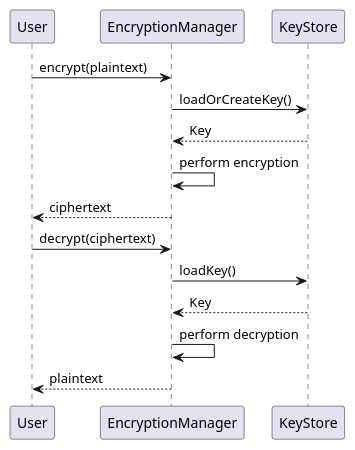
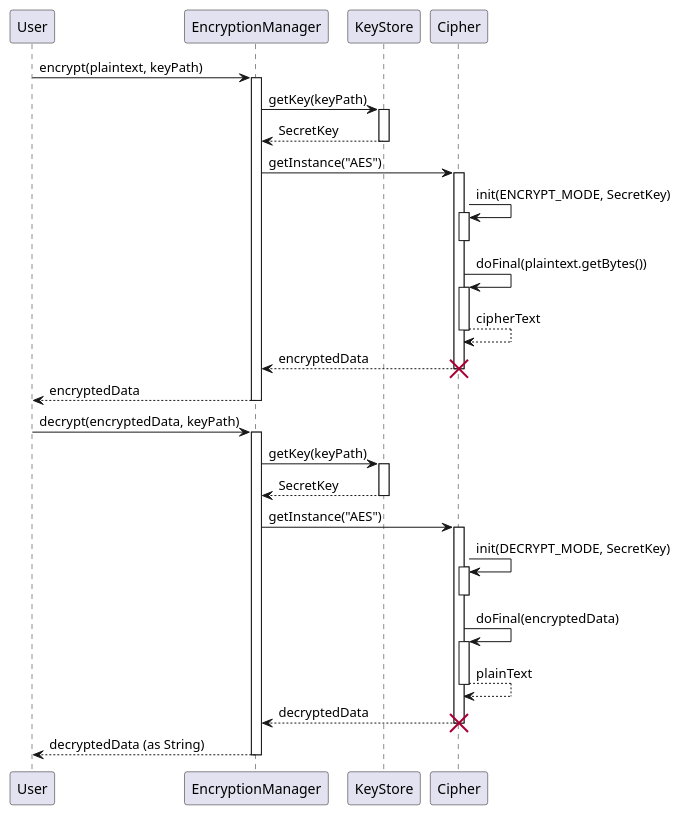
The diagram in docs/diagrams/EncryptionSequenceDiagram.puml (nus-cs2103-AY2425S1/tp), drawn with PlantUML before and after one commit. The commit also changed 1 other file, not shown here.

```diff
--- a/docs/diagrams/EncryptionSequenceDiagram.puml
+++ b/docs/diagrams/EncryptionSequenceDiagram.puml
@@ -1,17 +1,64 @@
 @startuml
 participant User
 participant EncryptionManager
 participant KeyStore
+participant Cipher
 
-User -> EncryptionManager: encrypt(plaintext)
-EncryptionManager -> KeyStore: loadOrCreateKey()
-KeyStore --> EncryptionManager: Key
-EncryptionManager -> EncryptionManager: perform encryption
-EncryptionManager --> User: ciphertext
+User -> EncryptionManager: encrypt(plaintext, keyPath)
+activate EncryptionManager
 
-User -> EncryptionManager: decrypt(ciphertext)
-EncryptionManager -> KeyStore: loadKey()
-KeyStore --> EncryptionManager: Key
-EncryptionManager -> EncryptionManager: perform decryption
-EncryptionManager --> User: plaintext
+EncryptionManager -> KeyStore: getKey(keyPath)
+activate KeyStore
+
+KeyStore --> EncryptionManager: SecretKey
+deactivate KeyStore
+
+EncryptionManager -> Cipher: getInstance("AES")
+activate Cipher
+
+Cipher -> Cipher: init(ENCRYPT_MODE, SecretKey)
+activate Cipher
+deactivate Cipher
+
+Cipher -> Cipher: doFinal(plaintext.getBytes())
+activate Cipher
+Cipher --> Cipher : cipherText
+deactivate
+Cipher --> EncryptionManager: encryptedData
+
+deactivate
+destroy Cipher
+
+
+EncryptionManager --> User: encryptedData
+deactivate EncryptionManager
+
+User -> EncryptionManager: decrypt(encryptedData, keyPath)
+activate EncryptionManager
+
+EncryptionManager -> KeyStore: getKey(keyPath)
+activate KeyStore
+
+KeyStore --> EncryptionManager: SecretKey
+deactivate KeyStore
+
+EncryptionManager -> Cipher: getInstance("AES")
+activate Cipher
+
+Cipher -> Cipher: init(DECRYPT_MODE, SecretKey)
+activate Cipher
+deactivate Cipher
+
+Cipher -> Cipher: doFinal(encryptedData)
+activate Cipher
+Cipher --> Cipher : plainText
+deactivate
+
+Cipher --> EncryptionManager: decryptedData
+deactivate
+destroy Cipher
+
+EncryptionManager --> User: decryptedData (as String)
+deactivate EncryptionManager
+
 @enduml
```
